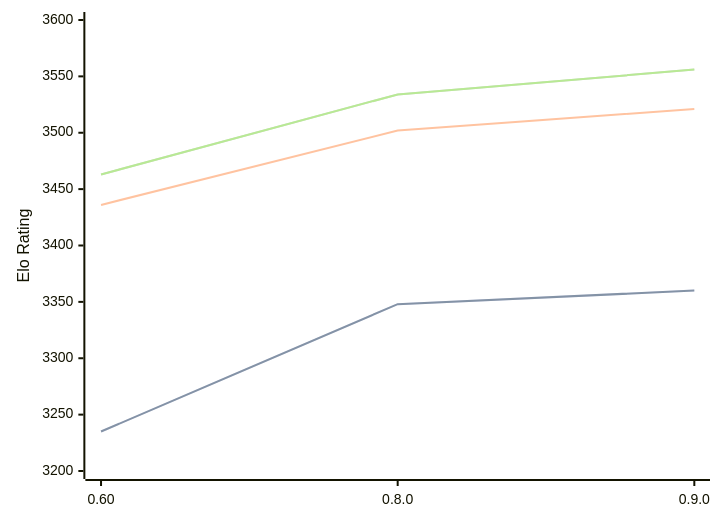
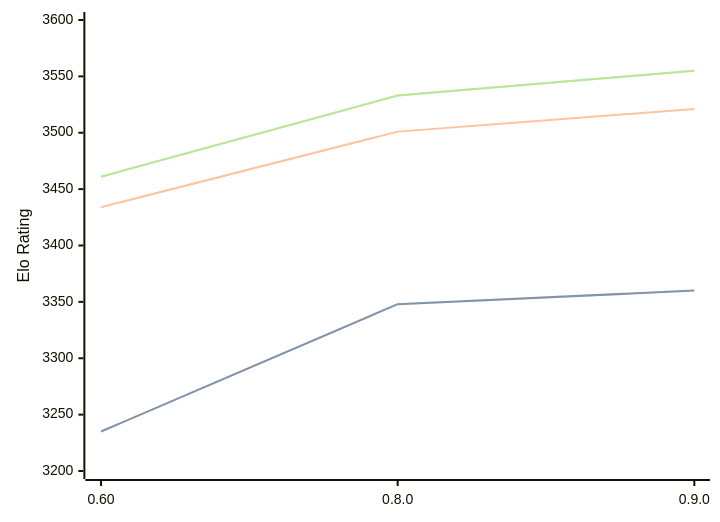
Before and after one commit to computer-chess-index/cci: the diagram in engines/Motor.md, drawn with Mermaid. The commit also changed other lines of this file, not shown here.

Commit message:
Update CCI Ratings (ELO VLTC) - 2026-03-22

````diff
--- a/engines/Motor.md
+++ b/engines/Motor.md
@@ -39,11 +39,11 @@
 ```mermaid
 %%{init: {"theme":"base","themeVariables":{"seriesColors:['#a3a3a3','#222221','#faa371']}}}%%
 xychart-beta
   x-axis ["0.60", "0.8.0", "0.9.0"]
   y-axis "Elo Rating" 3200 --> 3600
   line "STC (8.0+0.08s)" [3235, 3348, 3360]
   line "STC (8.0+0.08s)" [3235, 3348, 3360]
-  line "LTC (60.0+0.60s)" [3436, 3502, 3521]
-  line "VLTC (2m24s+1.12s)" [3463, 3534, 3556]
-  line "VLTC (2m24s+1.12s)" [3463, 3534, 3556]
+  line "LTC (60.0+0.60s)" [3434, 3501, 3521]
+  line "VLTC (2m24s+1.12s)" [3461, 3533, 3555]
+  line "VLTC (2m24s+1.12s)" [3461, 3533, 3555]
 ```
````
